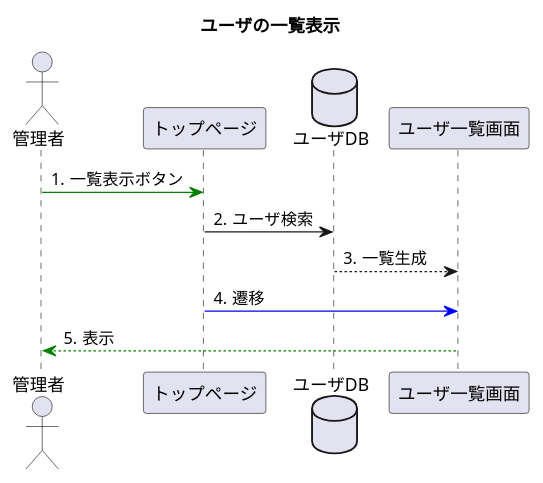
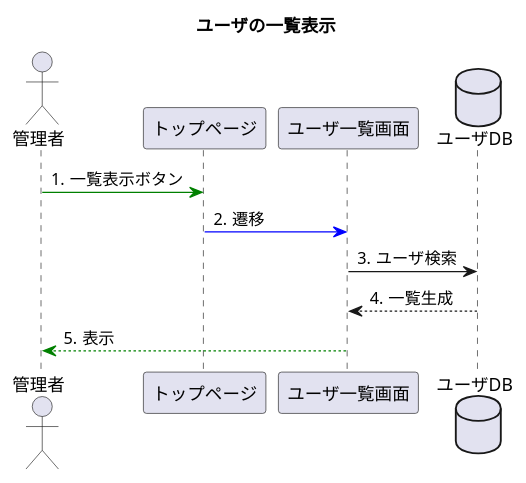
One commit to toufu66/ProjectC changed the diagram in uml/seq_listup.pu. Above: the diagram before and after it, drawn with PlantUML.

Commit message:
シーケンス図 ユーザ一覧

```diff
--- a/uml/seq_listup.pu
+++ b/uml/seq_listup.pu
@@ -1,18 +1,20 @@
 @startuml
 title ユーザの一覧表示
 
 autonumber "#."
 
 actor 管理者
 participant トップページ
+participant ユーザ一覧画面
 database ユーザDB
-participant ユーザ一覧画面
+
 
 
 管理者 -[#green]> トップページ:一覧表示ボタン
-トップページ -> ユーザDB:ユーザ検索
+トップページ -[#blue]> ユーザ一覧画面:遷移
+ユーザ一覧画面 -> ユーザDB:ユーザ検索
 ユーザDB --> ユーザ一覧画面:一覧生成
-トップページ -[#blue]> ユーザ一覧画面:遷移
+
 
 ユーザ一覧画面 --[#green]> 管理者:表示
 @enduml
```
